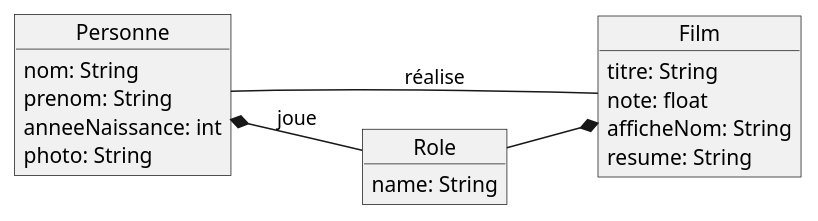
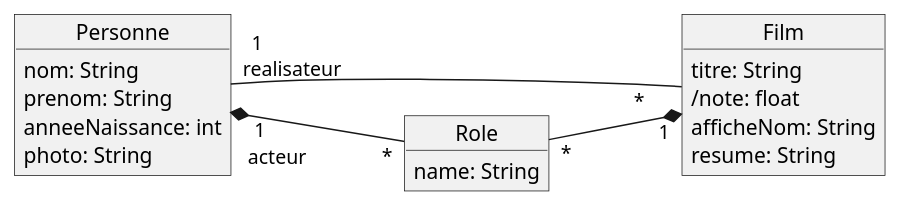
The diagram in src/docs/asciidoc/_exo01.adoc (ldv-melun/spring-boot), drawn with PlantUML before and after one commit. The commit also changed other lines of this file, not shown here.

```diff
--- a/src/docs/asciidoc/_exo01.adoc
+++ b/src/docs/asciidoc/_exo01.adoc
@@ -14,26 +14,26 @@
 [plantuml]
 -----
 left to right direction
 Object Personne {
 nom: String
 prenom: String
 anneeNaissance: int
 photo: String
 }
 
 Object Film {
 titre: String
-note: float
+/note: float
 afficheNom: String
 resume: String
 }
 
 Object Role{
 name: String
 }
 
-Role --* Film
-Personne *-- Role : joue
+Role "*" --*"1" Film:"\t"
+Personne "1\t\n acteur" *--"*" Role :"\t\t"
+Personne "1\t\t\nrealisateur" -- " *     " Film
 
-Personne -- Film : réalise
 -----
```
